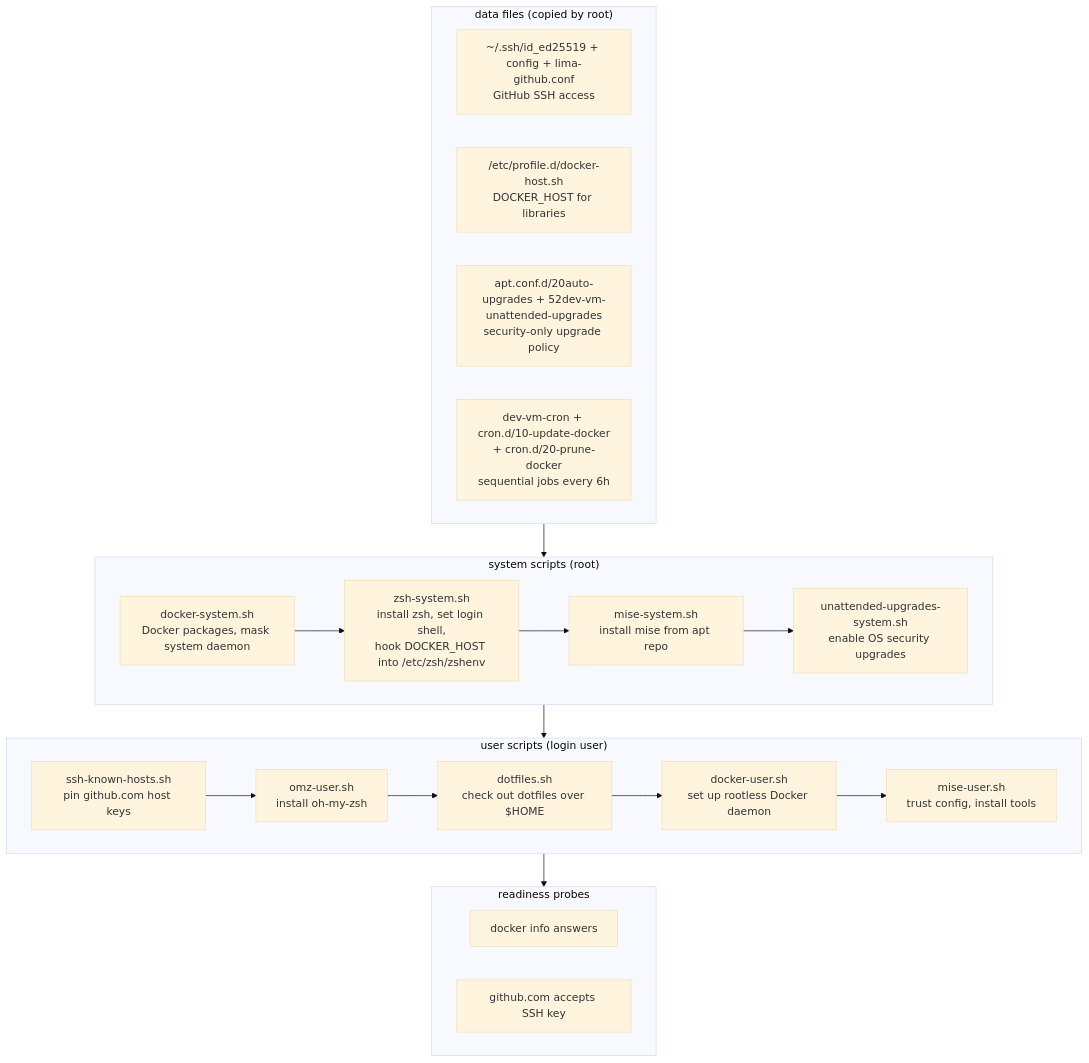
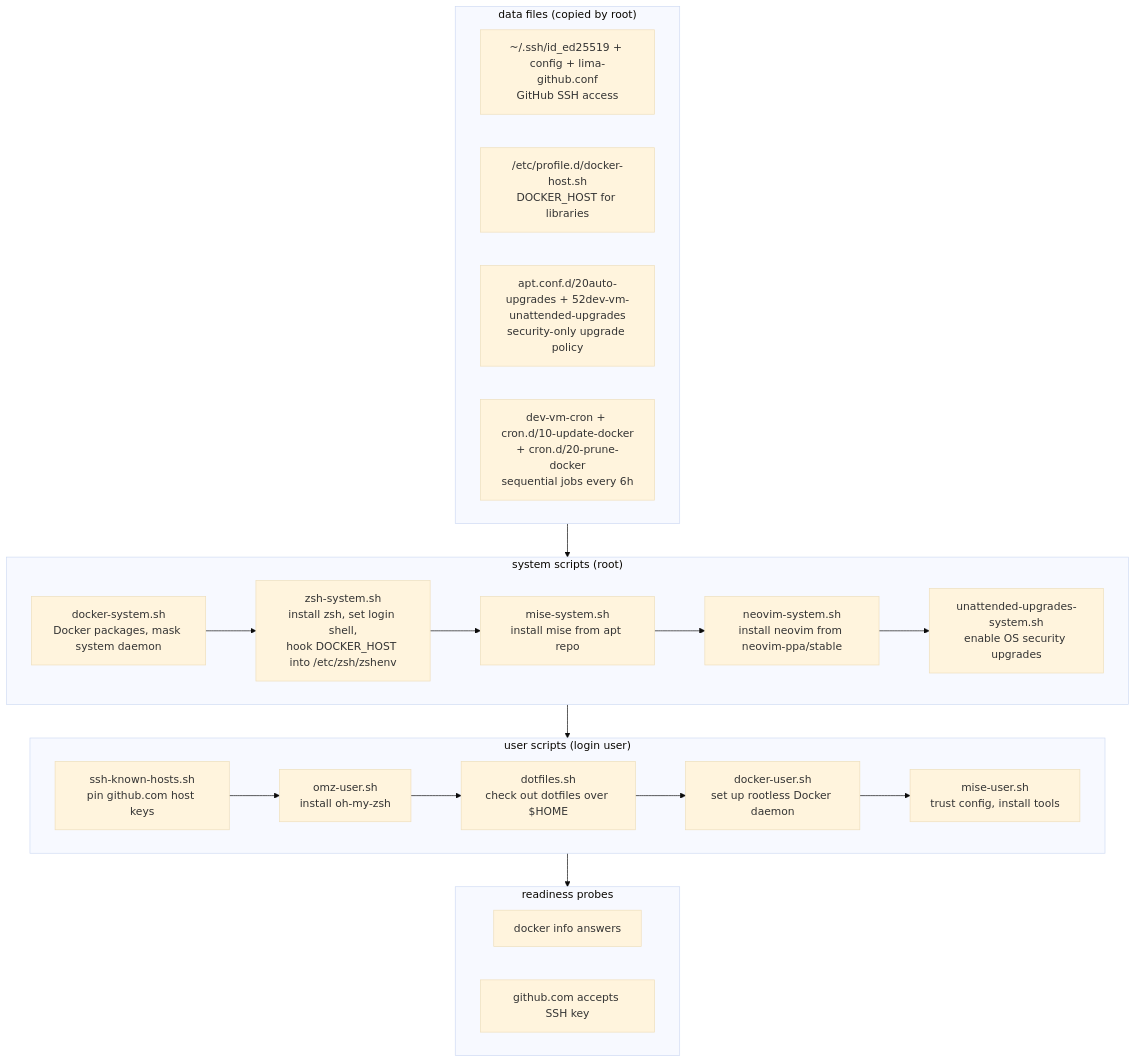
Before and after one commit to robsonpeixoto/dev-vm: the diagram in README.md, drawn with Mermaid (base theme). The commit also changed other lines of this file and 2 other files, not shown here.

Commit message:
feat: install neovim from the official PPA

````diff
--- a/README.md
+++ b/README.md
@@ -409,35 +411,36 @@
 ```mermaid
 flowchart TD
     subgraph data["data files (copied by root)"]
         d1["~/.ssh/id_ed25519 + config + lima-github.conf<br>GitHub SSH access"]
         d2["/etc/profile.d/docker-host.sh<br>DOCKER_HOST for libraries"]
         d3["apt.conf.d/20auto-upgrades + 52dev-vm-unattended-upgrades<br>security-only upgrade policy"]
         d4["dev-vm-cron + cron.d/10-update-docker<br>+ cron.d/20-prune-docker<br>sequential jobs every 6h"]
     end
 
     subgraph system["system scripts (root)"]
         s1["docker-system.sh<br>Docker packages, mask system daemon"]
         s2["zsh-system.sh<br>install zsh, set login shell,<br>hook DOCKER_HOST into /etc/zsh/zshenv"]
         s3["mise-system.sh<br>install mise from apt repo"]
-        s4["unattended-upgrades-system.sh<br>enable OS security upgrades"]
+        s4["neovim-system.sh<br>install neovim from neovim-ppa/stable"]
+        s5["unattended-upgrades-system.sh<br>enable OS security upgrades"]
     end
 
     subgraph user["user scripts (login user)"]
         u1["ssh-known-hosts.sh<br>pin github.com host keys"]
         u2["omz-user.sh<br>install oh-my-zsh"]
         u3["dotfiles.sh<br>check out dotfiles over $HOME"]
         u4["docker-user.sh<br>set up rootless Docker daemon"]
         u5["mise-user.sh<br>trust config, install tools"]
     end
 
     subgraph probes["readiness probes"]
         p1["docker info answers"]
         p2["github.com accepts SSH key"]
     end
 
     data --> system
-    s1 --> s2 --> s3 --> s4
+    s1 --> s2 --> s3 --> s4 --> s5
     system --> user
     u1 --> u2 --> u3 --> u4 --> u5
     user --> probes
 ```
````
